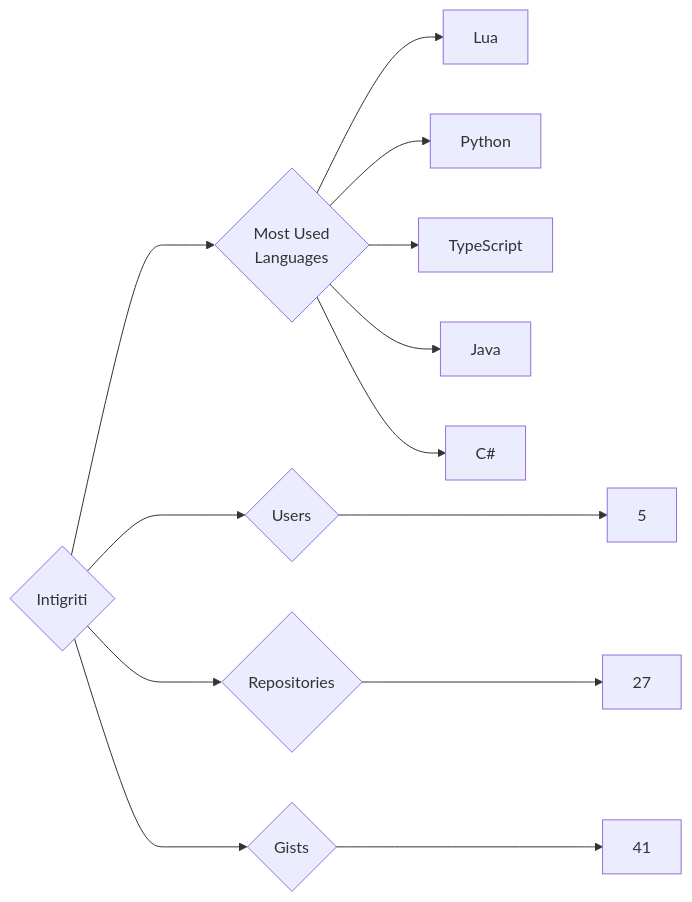
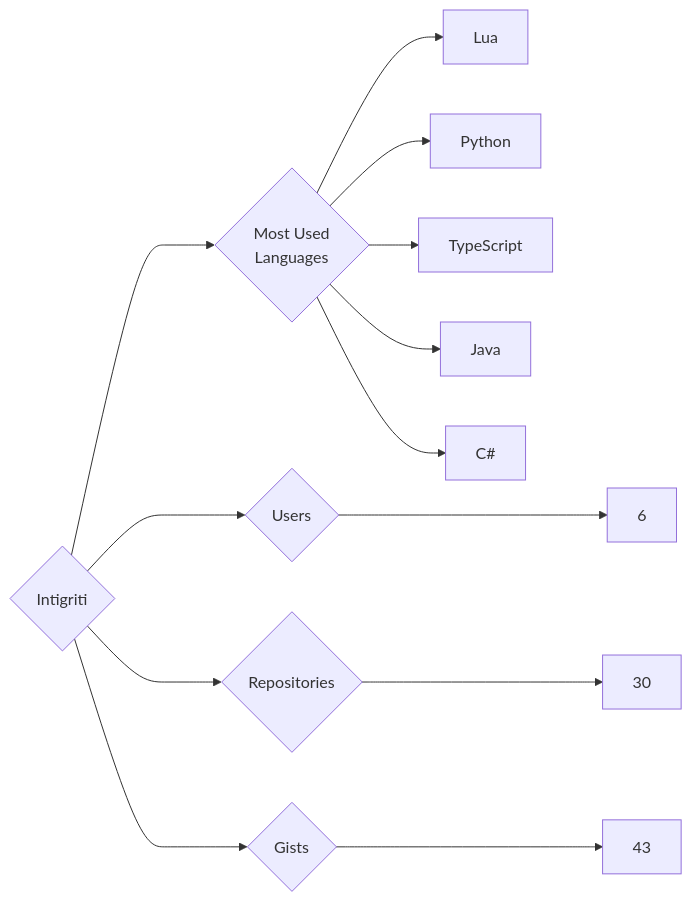
The diagram in targets/Intigriti/README.md (trickest/insiders), drawn with Mermaid before and after one commit. The commit also changed 997 other files, not shown here.

````diff
--- a/targets/Intigriti/README.md
+++ b/targets/Intigriti/README.md
@@ -3,13 +3,13 @@
 ```mermaid
 graph LR
 COMPANY_NAME{Intigriti}
-COMPANY_NAME ---> U{Users} ---> UN[5]
-COMPANY_NAME ---> R{Repositories} ---> RN[27]
-COMPANY_NAME ---> G{Gists} ---> GN[41]
+COMPANY_NAME ---> U{Users} ---> UN[6]
+COMPANY_NAME ---> R{Repositories} ---> RN[30]
+COMPANY_NAME ---> G{Gists} ---> GN[43]
 COMPANY_NAME ---> ML{Most Used<br>Languages}
 ML --> Lua[Lua]
 ML --> Python[Python]
 ML --> TypeScript[TypeScript]
 ML --> Java[Java]
 ML --> C#[C#]
 ```
````
